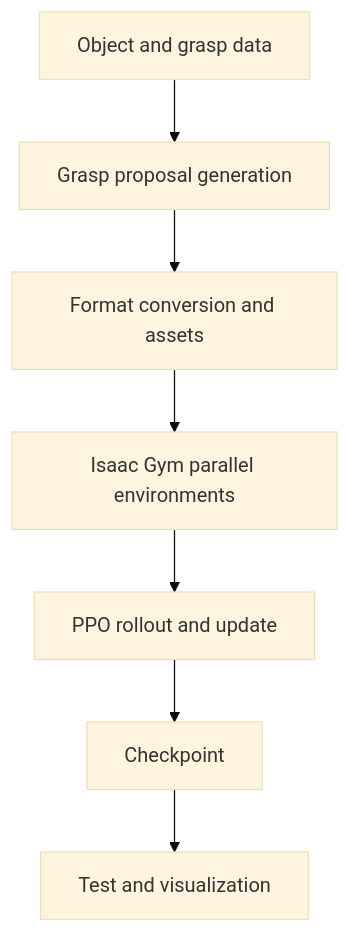
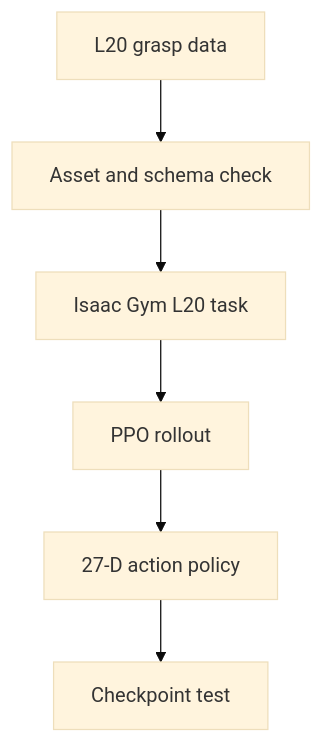
One commit to Zeil6/linkerhand-unidexgrasp-reproduction changed the first of 2 diagrams in README.md. Above: the diagram before and after it, drawn with Mermaid (base theme). The commit also changed other lines of this file and 9 other files, not shown here.

````diff
--- a/README.md
+++ b/README.md
@@ -34,9 +23,8 @@
 ```mermaid
 flowchart TD
-    A[Object and grasp data] --> B[Grasp proposal generation]
-    B --> C[Format conversion and assets]
-    C --> D[Isaac Gym parallel environments]
-    D --> E[PPO rollout and update]
-    E --> F[Checkpoint]
-    F --> G[Test and visualization]
+    A[L20 grasp data] --> B[Asset and schema check]
+    B --> C[Isaac Gym L20 task]
+    C --> D[PPO rollout]
+    D --> E[27-D action policy]
+    E --> F[Checkpoint test]
 ```
````
